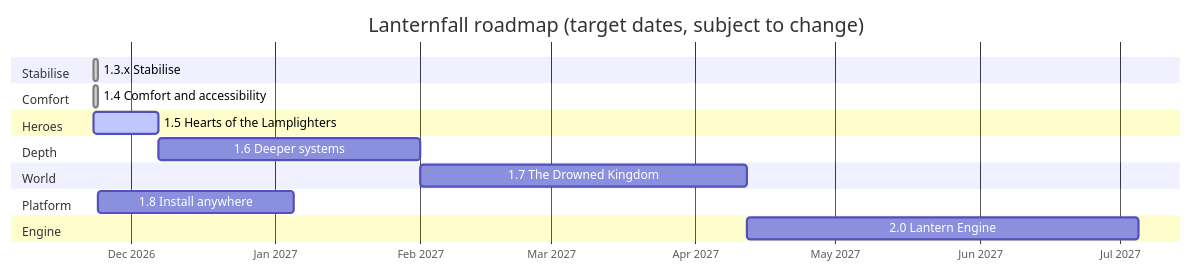
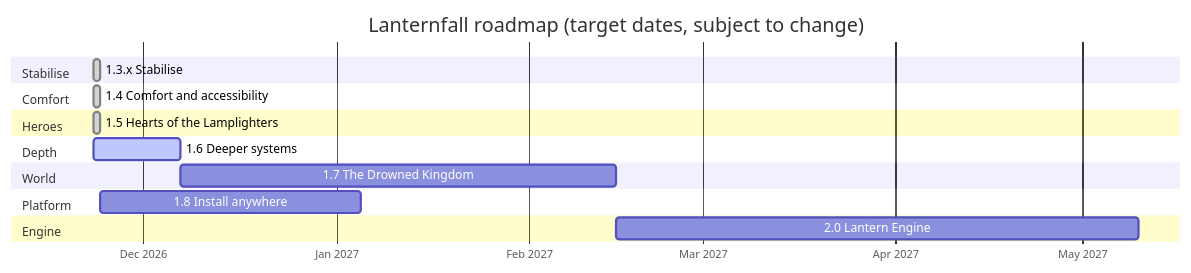
Before and after one commit to CptNope/Laternfall: the third of 11 diagrams in ROADMAP.md, drawn with Mermaid. The commit also changed other lines of this file and 19 other files, not shown here.

First line of the commit message:
1.6.0 Deeper systems: Lantern Board, cooking, smarter enemies, new statuses

````diff
--- a/ROADMAP.md
+++ b/ROADMAP.md
@@ -93,20 +95,20 @@
 ```mermaid
 gantt
     title Lanternfall roadmap (target dates, subject to change)
     dateFormat YYYY-MM-DD
     axisFormat %b %Y
     section Stabilise
     1.3.x Stabilise                  :done, m13, 2026-11-23, 1d
     section Comfort
     1.4 Comfort and accessibility    :done, m14, 2026-11-23, 1d
     section Heroes
-    1.5 Hearts of the Lamplighters   :active, m15, 2026-11-23, 2w
+    1.5 Hearts of the Lamplighters   :done, m15, 2026-11-23, 1d
     section Depth
-    1.6 Deeper systems               :m16, after m15, 8w
+    1.6 Deeper systems               :active, m16, 2026-11-23, 2w
     section World
     1.7 The Drowned Kingdom          :m17, after m16, 10w
     section Platform
     1.8 Install anywhere             :m18, after m14, 6w
     section Engine
     2.0 Lantern Engine               :m20, after m17, 12w
 ```
````
